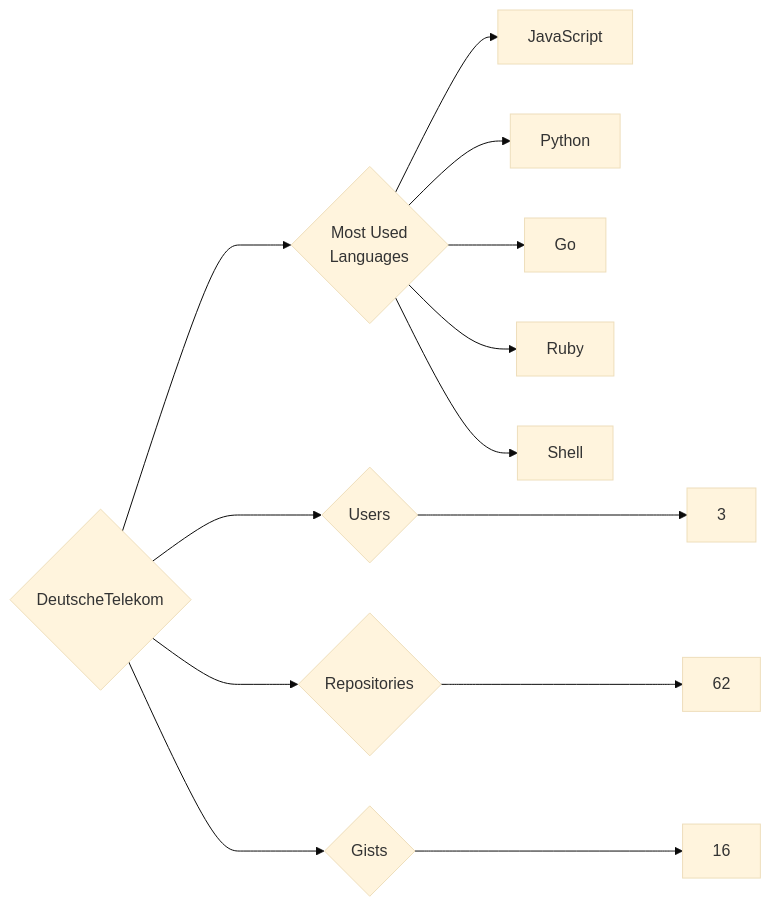
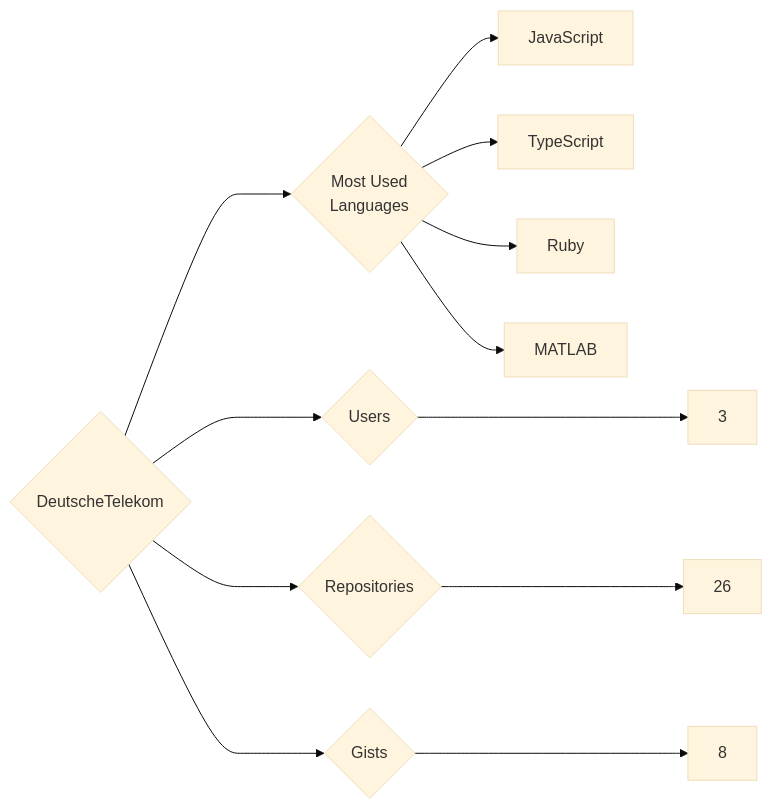
One commit to trickest/insiders changed the diagram in targets/DeutscheTelekom/README.md. Above: the diagram before and after it, drawn with Mermaid (base theme). The commit also changed 1007 other files, not shown here.

````diff
--- a/targets/DeutscheTelekom/README.md
+++ b/targets/DeutscheTelekom/README.md
@@ -3,13 +3,12 @@
 ```mermaid
 graph LR
 COMPANY_NAME{DeutscheTelekom}
 COMPANY_NAME ---> U{Users} ---> UN[3]
-COMPANY_NAME ---> R{Repositories} ---> RN[62]
-COMPANY_NAME ---> G{Gists} ---> GN[16]
+COMPANY_NAME ---> R{Repositories} ---> RN[26]
+COMPANY_NAME ---> G{Gists} ---> GN[8]
 COMPANY_NAME ---> ML{Most Used<br>Languages}
 ML --> JavaScript[JavaScript]
-ML --> Python[Python]
-ML --> Go[Go]
+ML --> TypeScript[TypeScript]
 ML --> Ruby[Ruby]
-ML --> Shell[Shell]
+ML --> MATLAB[MATLAB]
 ```
````
